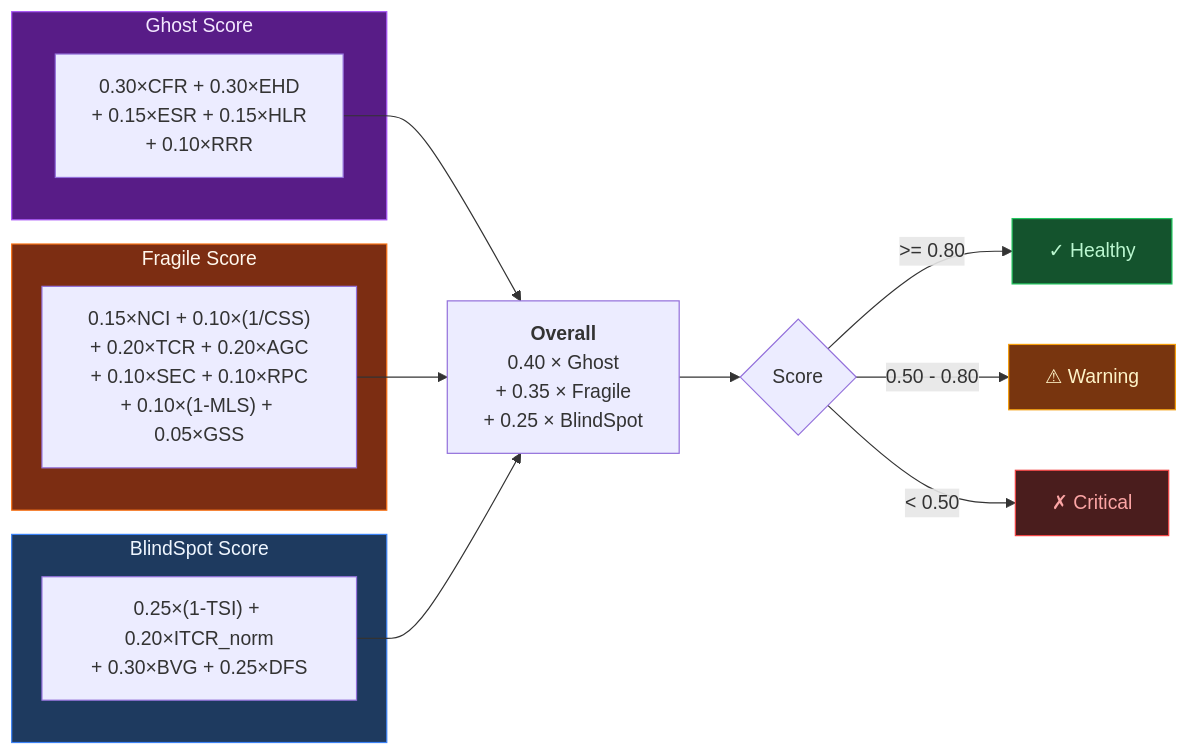
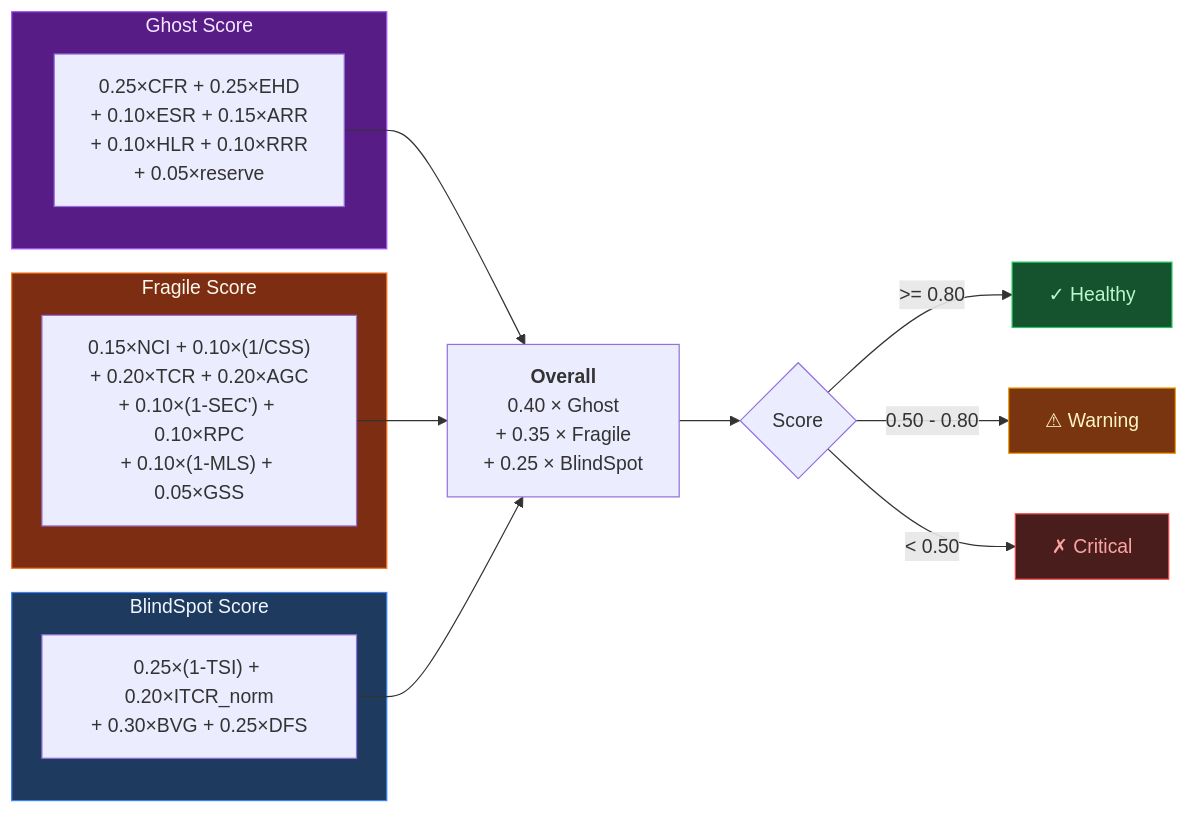
Diagram 13 of 18 in README.md (ohyesiamy/web-anomaly-detector), drawn with Mermaid before and after one commit. The commit also changed other lines of this file and 10 other files, not shown here.

````diff
--- a/README.md
+++ b/README.md
@@ -702,28 +741,28 @@
 ```mermaid
 graph LR
     subgraph Ghost["Ghost Score"]
-        G["0.30×CFR + 0.30×EHD\n+ 0.15×ESR + 0.15×HLR\n+ 0.10×RRR"]
+        G["0.25×CFR + 0.25×EHD\n+ 0.10×ESR + 0.15×ARR\n+ 0.10×HLR + 0.10×RRR\n+ 0.05×reserve"]
     end
     subgraph Fragile["Fragile Score"]
-        F["0.15×NCI + 0.10×(1/CSS)\n+ 0.20×TCR + 0.20×AGC\n+ 0.10×SEC + 0.10×RPC\n+ 0.10×(1-MLS) + 0.05×GSS"]
+        F["0.15×NCI + 0.10×(1/CSS)\n+ 0.20×TCR + 0.20×AGC\n+ 0.10×(1-SEC') + 0.10×RPC\n+ 0.10×(1-MLS) + 0.05×GSS"]
     end
     subgraph BlindSpot["BlindSpot Score"]
         B["0.25×(1-TSI) + 0.20×ITCR_norm\n+ 0.30×BVG + 0.25×DFS"]
     end
 
     G --> O["<b>Overall</b>\n0.40 × Ghost\n+ 0.35 × Fragile\n+ 0.25 × BlindSpot"]
     F --> O
     B --> O
 
     O --> H{"Score"}
     H -->|">= 0.80"| Healthy["✓ Healthy"]
     H -->|"0.50 - 0.80"| Warning["⚠ Warning"]
     H -->|"< 0.50"| Critical["✗ Critical"]
 
     style Ghost fill:#581c87,stroke:#a855f7,color:#f3e8ff
     style Fragile fill:#7c2d12,stroke:#f97316,color:#fff7ed
     style BlindSpot fill:#1e3a5f,stroke:#3b82f6,color:#eff6ff
     style Healthy fill:#14532d,stroke:#22c55e,color:#bbf7d0
     style Warning fill:#78350f,stroke:#f59e0b,color:#fef3c7
     style Critical fill:#4a1d1d,stroke:#ef4444,color:#fca5a5
 ```
````
